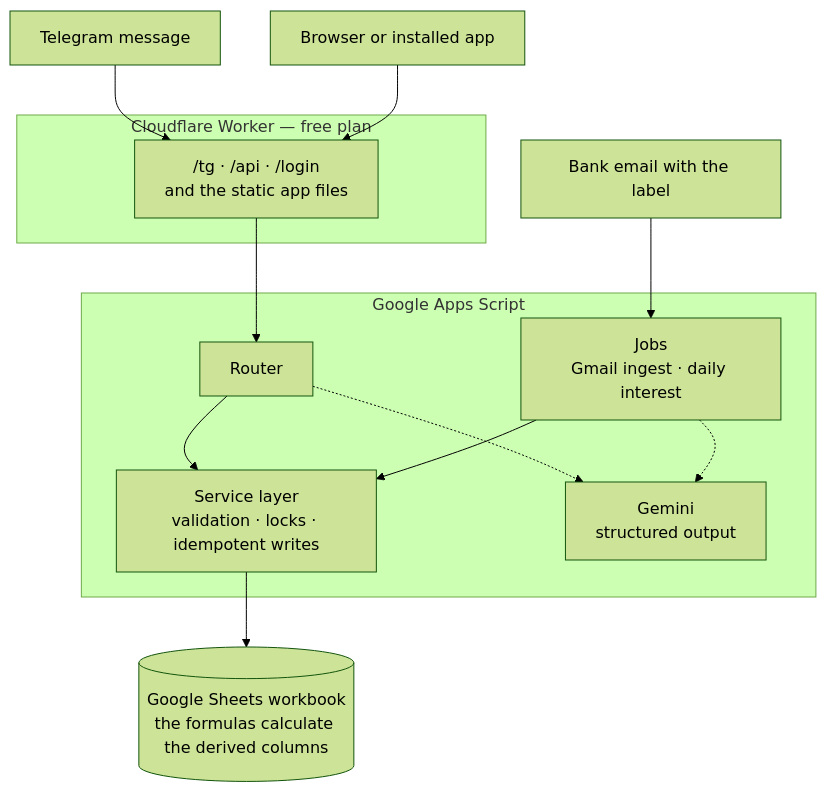
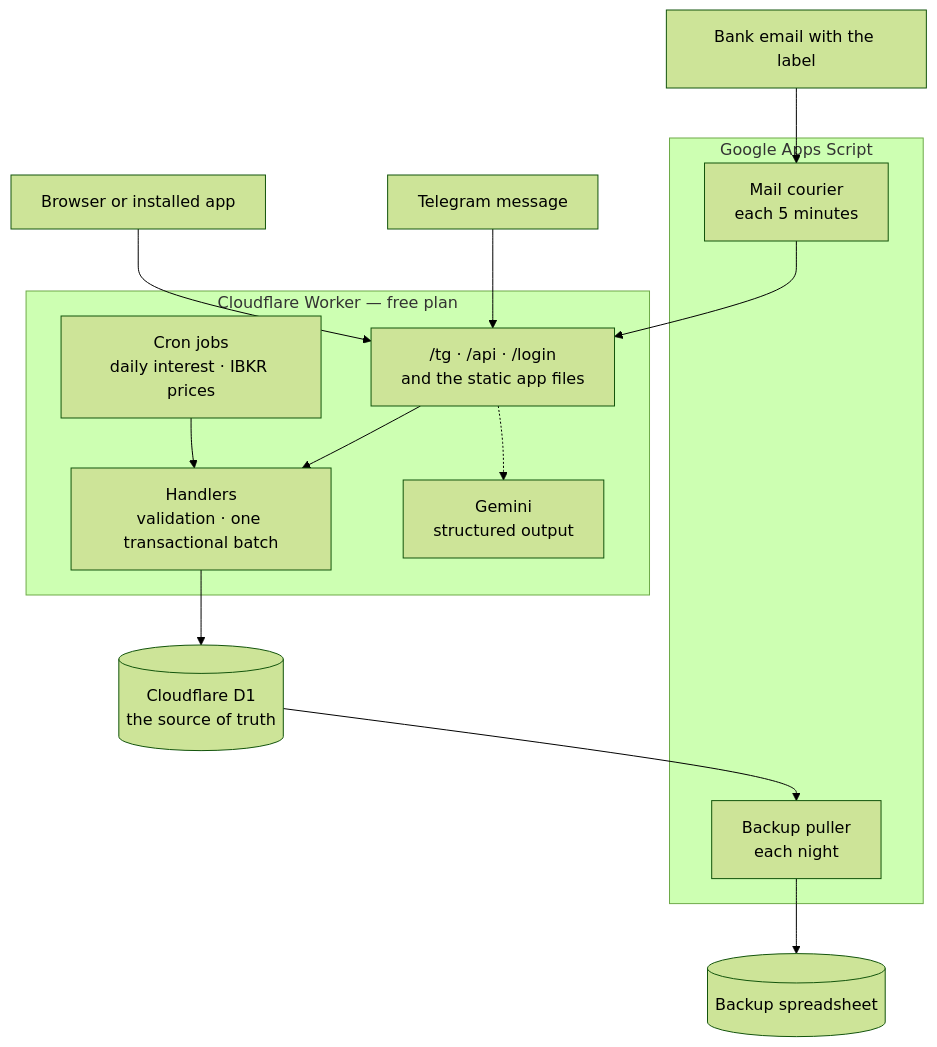
One commit to akaNiknok/FinanceTracker changed the diagram in README.md. Above: the diagram before and after it, drawn with Mermaid (forest theme). The commit also changed other lines of this file and 42 other files, not shown here.

First line of the commit message:
v2.0.0: replace Google Sheets with Cloudflare D1

````diff
--- a/README.md
+++ b/README.md
@@ -22,29 +22,31 @@
 ```mermaid
 flowchart TB
     TG["Telegram message"]
     BR["Browser or installed app"]
     ML["Bank email with the label"]
 
     subgraph CF["Cloudflare Worker — free plan"]
         WK["/tg · /api · /login<br/>and the static app files"]
+        SV["Handlers<br/>validation · one transactional batch"]
+        JB["Cron jobs<br/>daily interest · IBKR prices"]
+        AI["Gemini<br/>structured output"]
     end
 
     subgraph GS["Google Apps Script"]
-        RT["Router"]
-        SV["Service layer<br/>validation · locks · idempotent writes"]
-        JB["Jobs<br/>Gmail ingest · daily interest"]
-        AI["Gemini<br/>structured output"]
+        CR["Mail courier<br/>each 5 minutes"]
+        BK["Backup puller<br/>each night"]
     end
 
-    SH[("Google Sheets workbook<br/>the formulas calculate the derived columns")]
+    DB[("Cloudflare D1<br/>the source of truth")]
+    SS[("Backup spreadsheet")]
 
     TG --> WK
     BR --> WK
-    WK --> RT
-    ML --> JB
-    RT --> SV
+    ML --> CR
+    CR --> WK
+    WK --> SV
     JB --> SV
-    RT -.-> AI
-    JB -.-> AI
-    SV --> SH
+    WK -.-> AI
+    SV --> DB
+    DB --> BK --> SS
 ```
````
